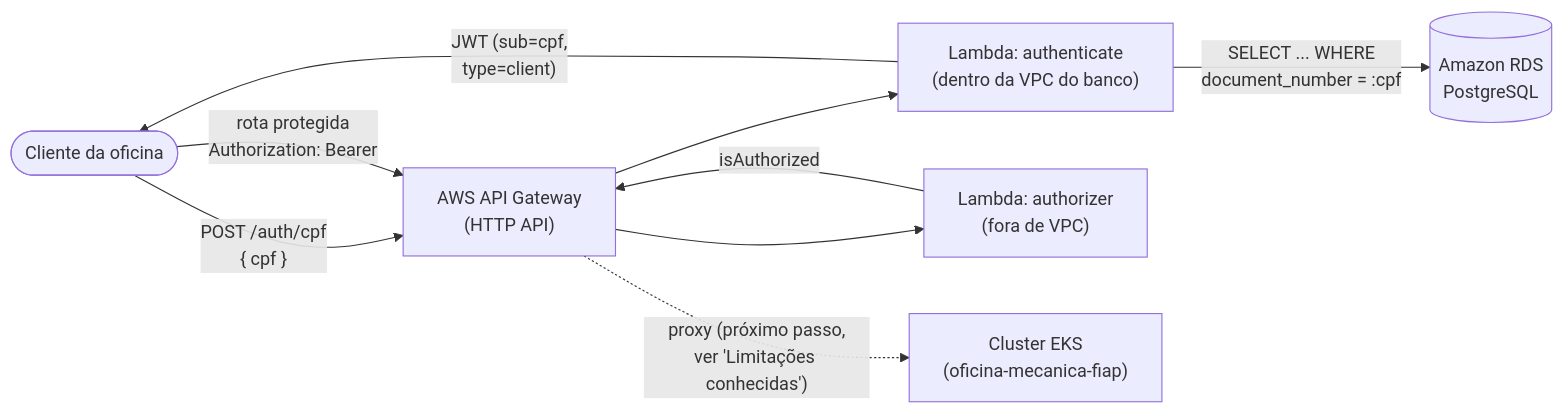
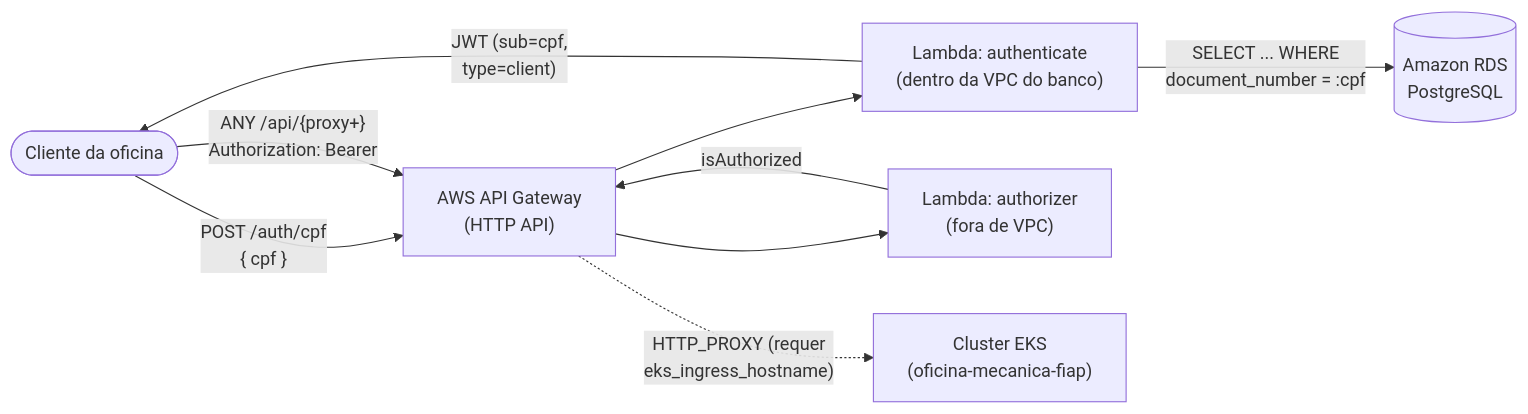
One commit to phantosmia/oficina-mecanica-lambda-auth changed the first of 2 diagrams in README.md. Above: the diagram before and after it, drawn with Mermaid. The commit also changed other lines of this file and 7 other files, not shown here.

First line of the commit message:
Verifica status do cliente na autenticacao e adiciona rota proxy protegida ao EKS

````diff
--- a/README.md
+++ b/README.md
@@ -15,12 +15,12 @@
 ```mermaid
 flowchart LR
     Cliente(["Cliente da oficina"]) -->|"POST /auth/cpf<br/>{ cpf }"| APIGW["AWS API Gateway<br/>(HTTP API)"]
     APIGW --> AuthFn["Lambda: authenticate<br/>(dentro da VPC do banco)"]
     AuthFn -->|"SELECT ... WHERE<br/>document_number = :cpf"| RDS[("Amazon RDS<br/>PostgreSQL")]
     AuthFn -->|"JWT (sub=cpf,<br/>type=client)"| Cliente
 
-    Cliente -->|"rota protegida<br/>Authorization: Bearer"| APIGW
+    Cliente -->|"ANY /api/{proxy+}<br/>Authorization: Bearer"| APIGW
     APIGW --> AuthzFn["Lambda: authorizer<br/>(fora de VPC)"]
     AuthzFn -->|"isAuthorized"| APIGW
-    APIGW -.->|"proxy (próximo passo,<br/>ver 'Limitações conhecidas')"| EKS["Cluster EKS<br/>(oficina-mecanica-fiap)"]
+    APIGW -.->|"HTTP_PROXY (requer<br/>eks_ingress_hostname)"| EKS["Cluster EKS<br/>(oficina-mecanica-fiap)"]
 ```
````
